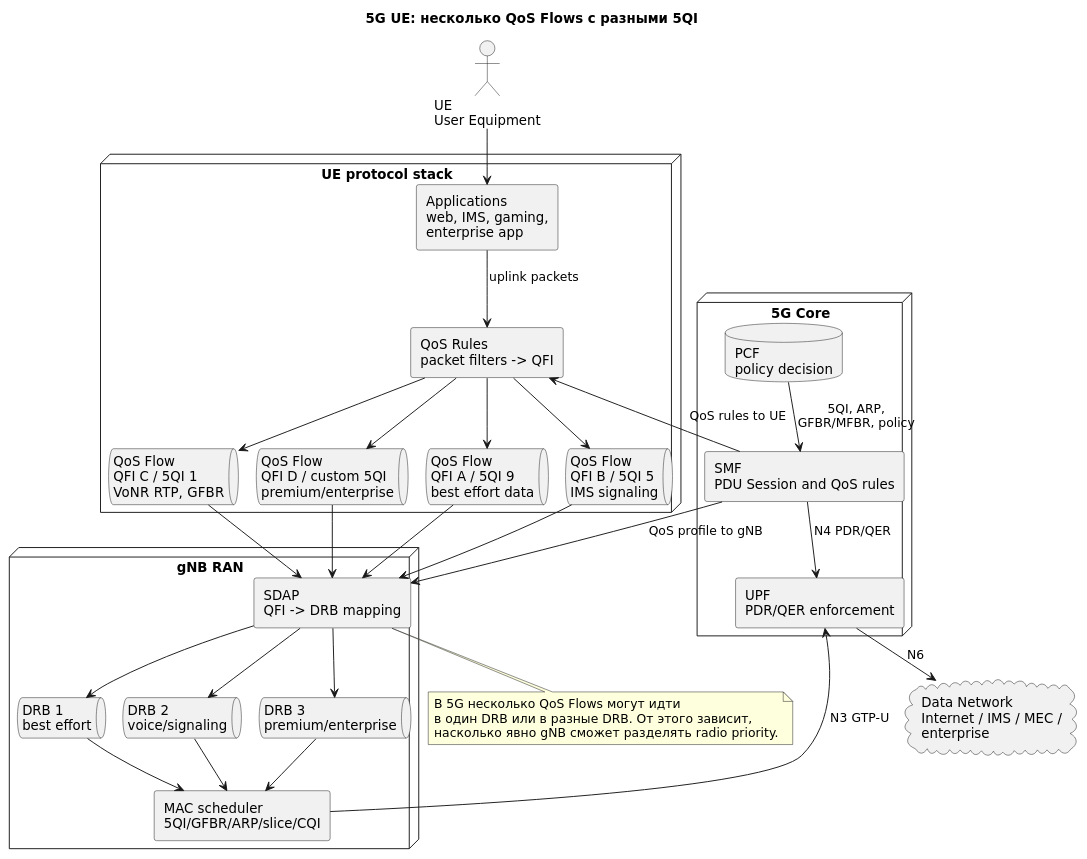
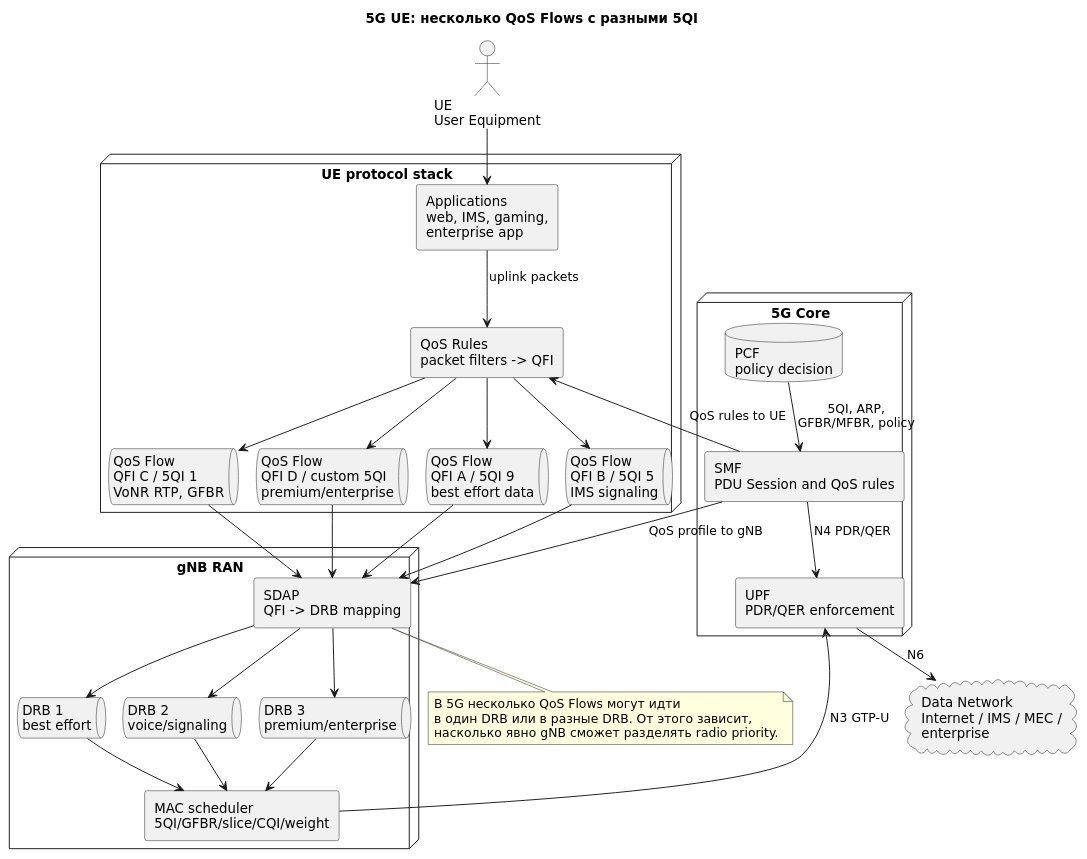
One commit to jvbistrue-art/Analitics changed the diagram in docs/mobile-network-qos/diagrams/src/ue-multiple-qos-5g.puml. Above: the diagram before and after it, drawn with PlantUML. The commit also changed 24 other files, not shown here.

```diff
--- a/docs/mobile-network-qos/diagrams/src/ue-multiple-qos-5g.puml
+++ b/docs/mobile-network-qos/diagrams/src/ue-multiple-qos-5g.puml
@@ -1,59 +1,59 @@
 @startuml ue-multiple-qos-5g
 !pragma layout smetana
 skinparam componentStyle rectangle
 skinparam shadowing false
 skinparam defaultFontName DejaVu Sans
 title 5G UE: несколько QoS Flows с разными 5QI
 
 actor "UE\nUser Equipment" as UE
 node "UE protocol stack" as UESTACK {
   rectangle "Applications\nweb, IMS, gaming,\nenterprise app" as APPS
   rectangle "QoS Rules\npacket filters -> QFI" as QRULES
   queue "QoS Flow\nQFI A / 5QI 9\nbest effort data" as Q9
   queue "QoS Flow\nQFI B / 5QI 5\nIMS signaling" as Q5
   queue "QoS Flow\nQFI C / 5QI 1\nVoNR RTP, GFBR" as Q1
   queue "QoS Flow\nQFI D / custom 5QI\npremium/enterprise" as QC
 }
 node "gNB RAN" as GNB {
   rectangle "SDAP\nQFI -> DRB mapping" as SDAP
   queue "DRB 1\nbest effort" as DRB1
   queue "DRB 2\nvoice/signaling" as DRB2
   queue "DRB 3\npremium/enterprise" as DRB3
-  rectangle "MAC scheduler\n5QI/GFBR/ARP/slice/CQI" as SCH
+  rectangle "MAC scheduler\n5QI/GFBR/slice/CQI/weight" as SCH
 }
 node "5G Core" as CORE {
   rectangle "SMF\nPDU Session and QoS rules" as SMF
   rectangle "UPF\nPDR/QER enforcement" as UPF
   database "PCF\npolicy decision" as PCF
 }
 cloud "Data Network\nInternet / IMS / MEC /\nenterprise" as DN
 
 UE --> APPS
 APPS --> QRULES : uplink packets
 QRULES --> Q9
 QRULES --> Q5
 QRULES --> Q1
 QRULES --> QC
 Q9 --> SDAP
 Q5 --> SDAP
 Q1 --> SDAP
 QC --> SDAP
 SDAP --> DRB1
 SDAP --> DRB2
 SDAP --> DRB3
 DRB1 --> SCH
 DRB2 --> SCH
 DRB3 --> SCH
 SCH --> UPF : N3 GTP-U
 UPF --> DN : N6
 PCF --> SMF : 5QI, ARP,\nGFBR/MFBR, policy
 SMF --> QRULES : QoS rules to UE
 SMF --> SDAP : QoS profile to gNB
 SMF --> UPF : N4 PDR/QER
 
 note bottom of SDAP
 В 5G несколько QoS Flows могут идти
 в один DRB или в разные DRB. От этого зависит,
 насколько явно gNB сможет разделять radio priority.
 end note
 @enduml
```
